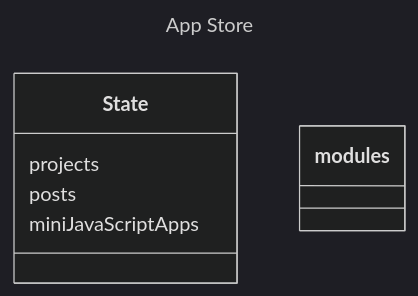
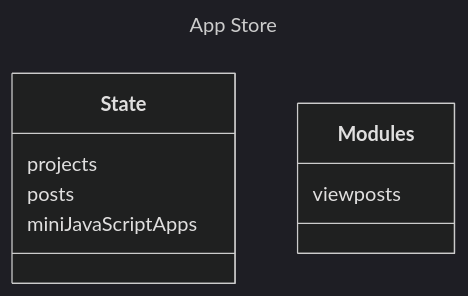
Before and after one commit to f2xiao/site: the first of 2 diagrams in README.md, drawn with Mermaid (dark theme). The commit also changed other lines of this file and 11 other files, not shown here.

````diff
--- a/README.md
+++ b/README.md
@@ -7,11 +7,12 @@
 ```mermaid
 ---
 title: App Store
 ---
 classDiagram
   class State
   State : projects
   State : posts
   State : miniJavaScriptApps
-  class modules
+  class Modules
+  Modules : viewposts
 ```
````
